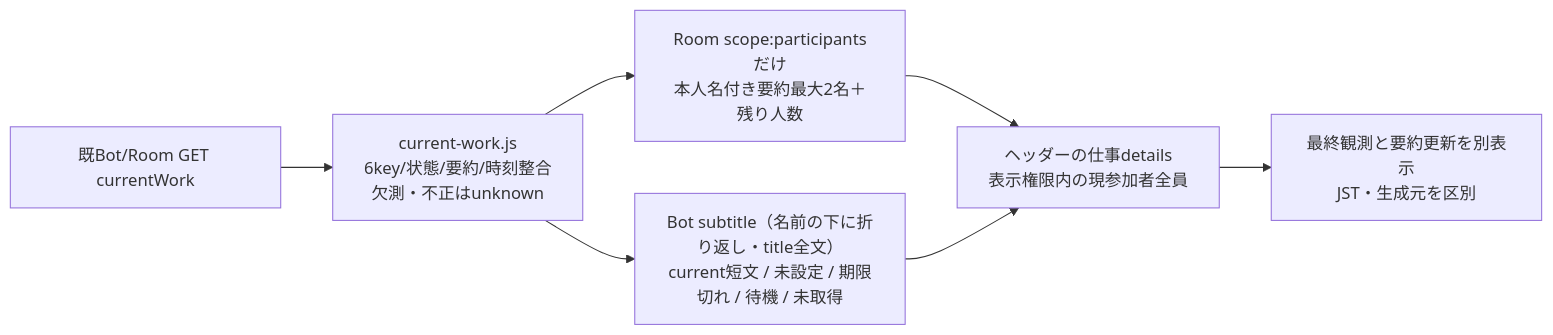
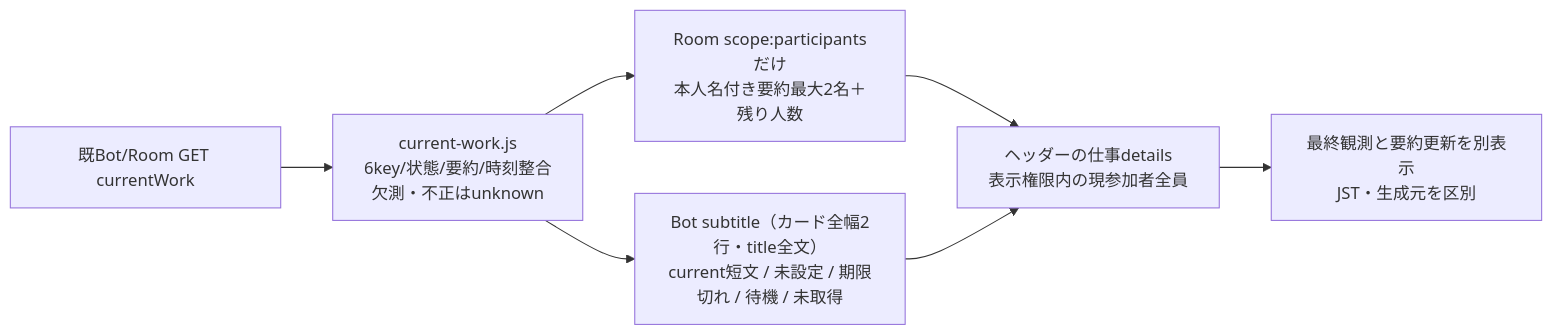
Before and after one commit to kitepon/BellTeam: the second of 3 diagrams in docs/architecture/modules/web/apple-parity.md, drawn with Mermaid. The commit also changed other lines of this file and 2 other files, not shown here.

Commit message:
Fit width-80 work summaries in two full-width lines of the Web member card
Owner ruling: summaries are at most width 80 (40 full-width / 80 half-width),
shown on 2 lines in the member card. The summary moves below the avatar/name
row and spans the full card width at 13px, so width-80 text fits exactly two
lines on PC and a 360 px phone. The 4-line guard and title tooltip stay.

````diff
--- a/docs/architecture/modules/web/apple-parity.md
+++ b/docs/architecture/modules/web/apple-parity.md
@@ -89,9 +89,9 @@
 ```mermaid
 flowchart LR
   GET["既Bot/Room GET currentWork"] --> Boundary["current-work.js<br/>6key/状態/要約/時刻整合<br/>欠測・不正はunknown"]
-  Boundary --> Bot["Bot subtitle（名前の下に折り返し・title全文）<br/>current短文 / 未設定 / 期限切れ / 待機 / 未取得"]
+  Boundary --> Bot["Bot subtitle（カード全幅2行・title全文）<br/>current短文 / 未設定 / 期限切れ / 待機 / 未取得"]
   Boundary --> Room["Room scope:participantsだけ<br/>本人名付き要約最大2名＋残り人数"]
   Room --> Detail["ヘッダーの仕事details<br/>表示権限内の現参加者全員"]
   Bot --> Detail
   Detail --> Times["最終観測と要約更新を別表示<br/>JST・生成元を区別"]
 ```
````
